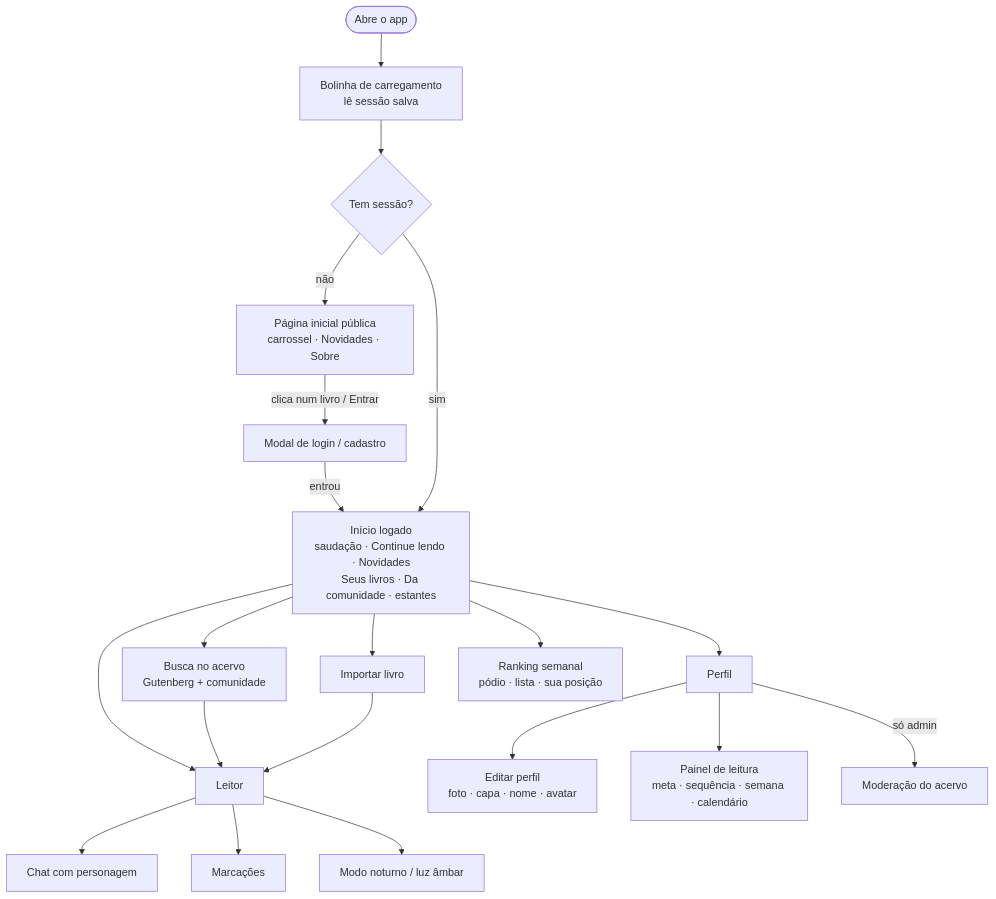
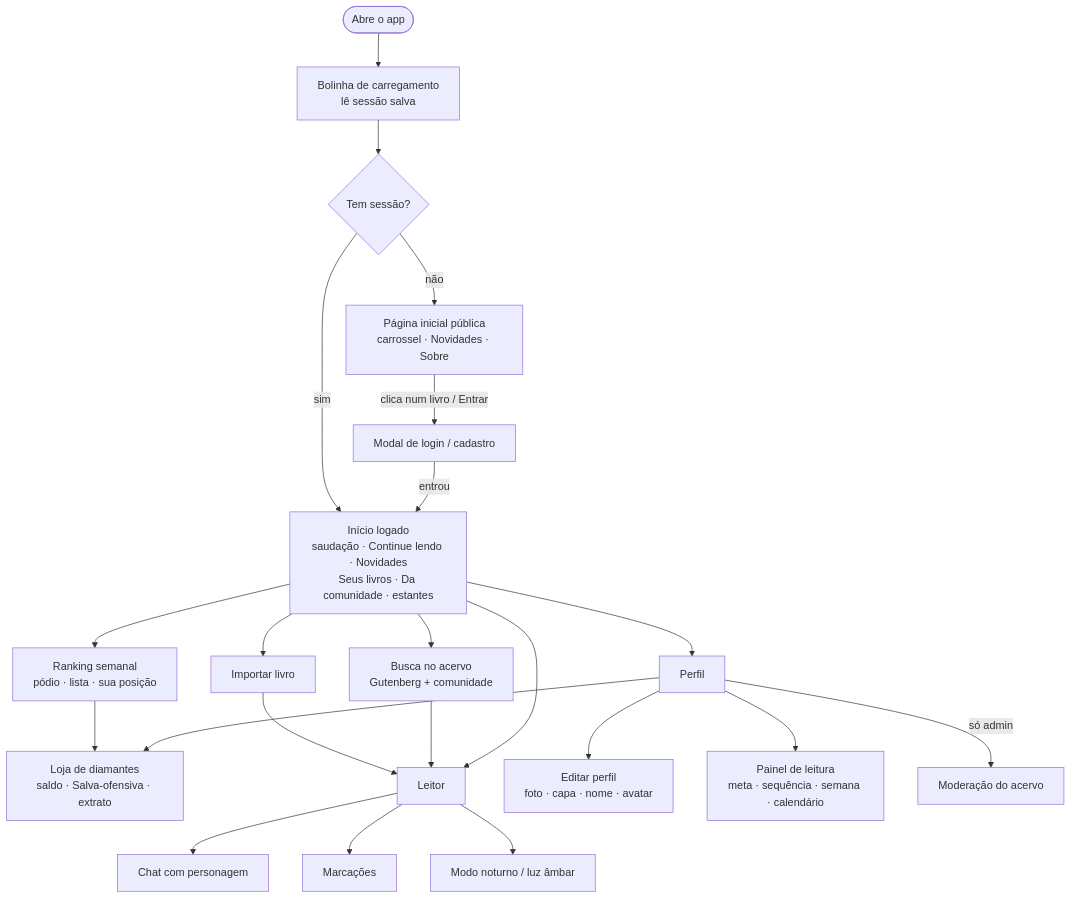
The second of 14 diagrams in docs/ARQUITETURA.md (axyonsoftwarehouse/story-verse-web), drawn with Mermaid before and after one commit. The commit also changed other lines of this file and 11 other files, not shown here.

````diff
--- a/docs/ARQUITETURA.md
+++ b/docs/ARQUITETURA.md
@@ -83,27 +83,29 @@
 ```mermaid
 flowchart TD
   START([Abre o app]) --> LOAD[Bolinha de carregamento<br/>lê sessão salva]
   LOAD --> LOGGED{Tem sessão?}
 
   LOGGED -- não --> LAND[Página inicial pública<br/>carrossel · Novidades · Sobre]
   LAND -->|clica num livro / Entrar| AUTHM[Modal de login / cadastro]
   AUTHM -->|entrou| HOME
 
   LOGGED -- sim --> HOME[Início logado<br/>saudação · Continue lendo · Novidades<br/>Seus livros · Da comunidade · estantes]
 
   HOME --> SEARCH[Busca no acervo<br/>Gutenberg + comunidade]
   HOME --> IMPORT[Importar livro]
   HOME --> PROFILE[Perfil]
   HOME --> RANK[Ranking semanal<br/>pódio · lista · sua posição]
+  PROFILE --> SHOP[Loja de diamantes<br/>saldo · Salva-ofensiva · extrato]
+  RANK --> SHOP
   HOME --> READER[Leitor]
   SEARCH --> READER
   IMPORT --> READER
 
   READER --> CHAT[Chat com personagem]
   READER --> HL[Marcações]
   READER --> NIGHT[Modo noturno / luz âmbar]
 
   PROFILE --> EDIT[Editar perfil<br/>foto · capa · nome · avatar]
   PROFILE --> DASH[Painel de leitura<br/>meta · sequência · semana · calendário]
   PROFILE -->|só admin| MOD[Moderação do acervo]
 ```
````
